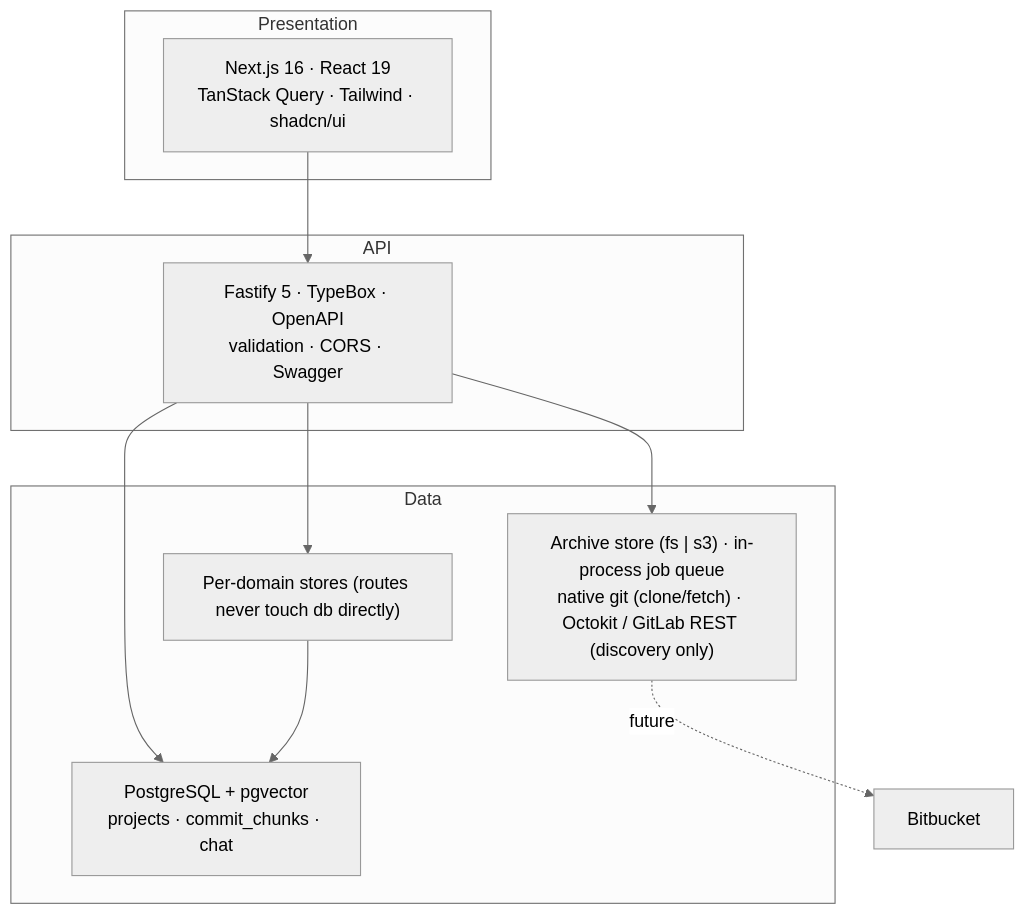
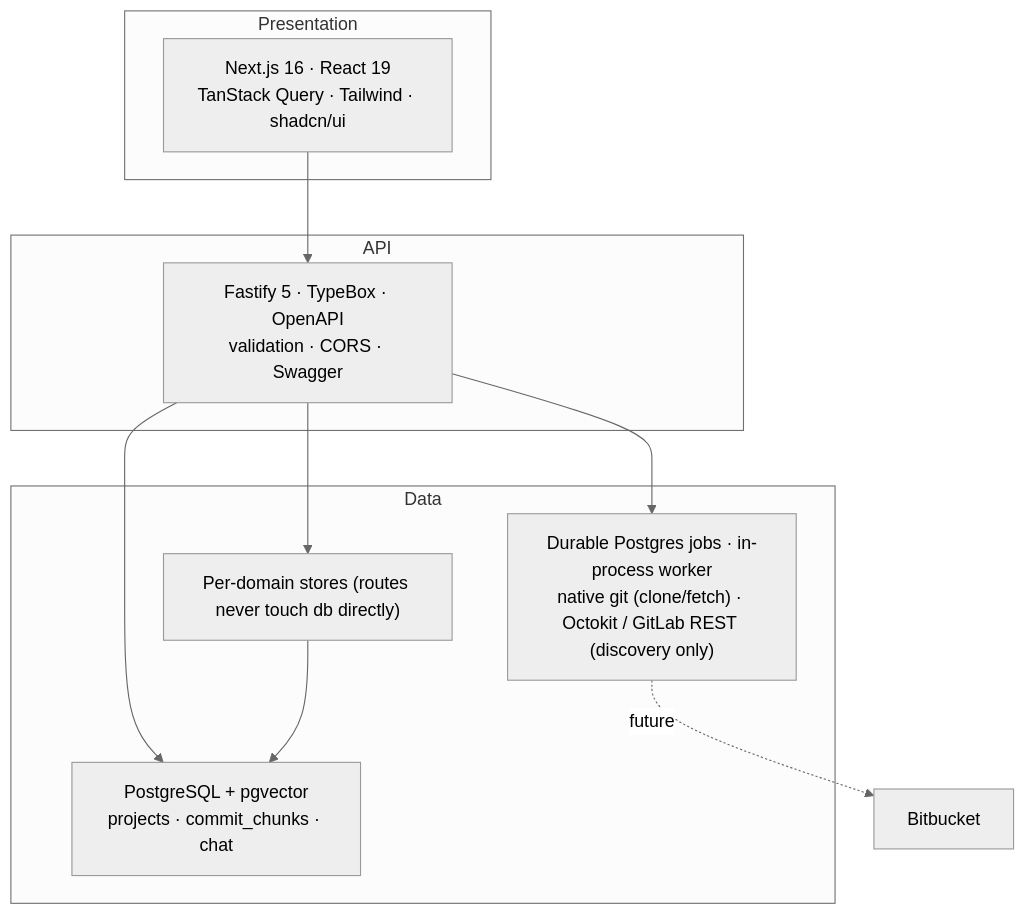
The first of 5 diagrams in docs/architecture.md (franciscoluna-28/Scrapecat), drawn with Mermaid (neutral theme) before and after one commit. The commit also changed other lines of this file and 7 other files, not shown here.

First line of the commit message:
docs: document fs-only clones and durable jobs

````diff
--- a/docs/architecture.md
+++ b/docs/architecture.md
@@ -9,18 +9,18 @@
 ```mermaid
 flowchart TB
     subgraph P["Presentation"]
         FE["Next.js 16 · React 19<br/>TanStack Query · Tailwind · shadcn/ui"]
     end
     subgraph A["API"]
         API["Fastify 5 · TypeBox · OpenAPI<br/>validation · CORS · Swagger"]
     end
     subgraph D["Data"]
         PG["PostgreSQL + pgvector<br/>projects · commit_chunks · chat"]
         STORE["Per-domain stores (routes never touch db directly)"]
-        INFRA["Archive store (fs | s3) · in-process job queue<br/>native git (clone/fetch) · Octokit / GitLab REST (discovery only)"]
+        INFRA["Durable Postgres jobs · in-process worker<br/>native git (clone/fetch) · Octokit / GitLab REST (discovery only)"]
     end
     FE --> API --> PG
     API --> STORE --> PG
     API --> INFRA
     INFRA -.->|future| EXT["Bitbucket"]
 ```
````
